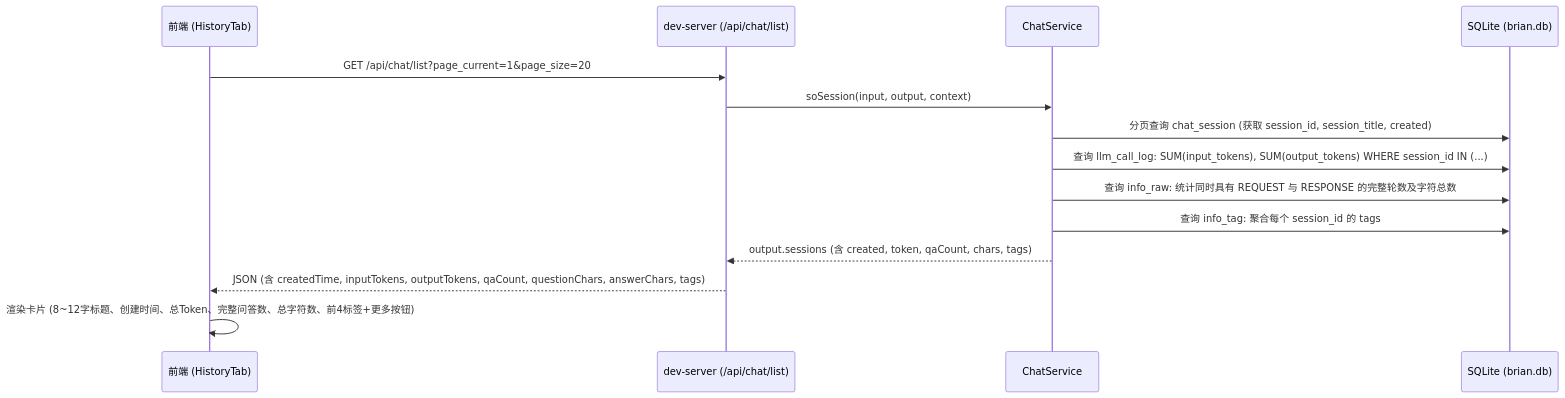
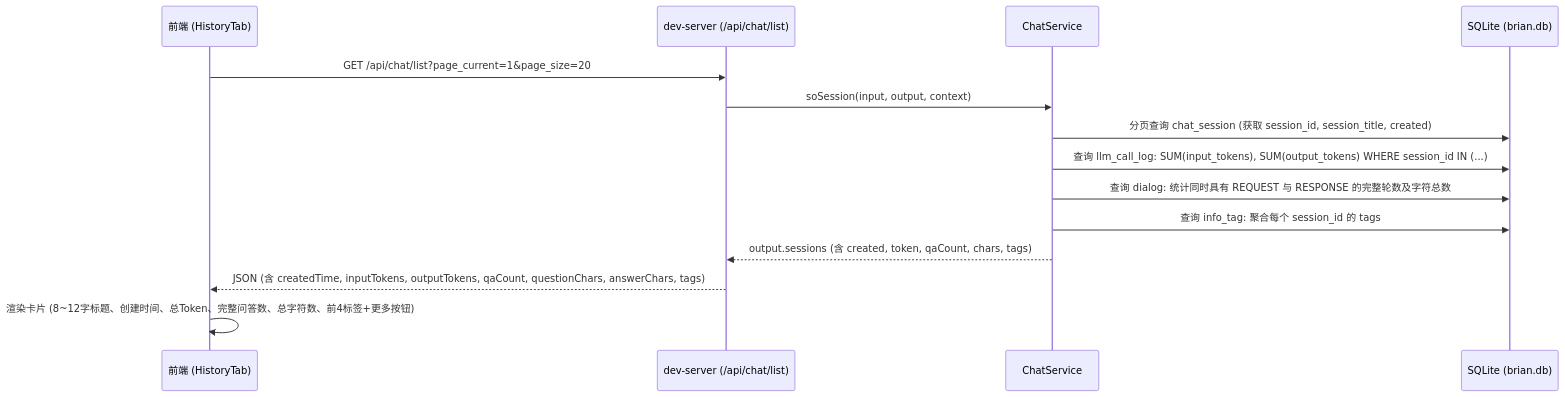
Before and after one commit to zhaoxuan-inside/brian-agent: the second of 5 diagrams in _04_framework_design/02_data_flow.md, drawn with Mermaid. The commit also changed other lines of this file and 85 other files, not shown here.

````diff
--- a/_04_framework_design/02_data_flow.md
+++ b/_04_framework_design/02_data_flow.md
@@ -87,16 +87,16 @@
 ```mermaid
 sequenceDiagram
     participant FE as 前端 (HistoryTab)
     participant DS as dev-server (/api/chat/list)
     participant CS as ChatService
     participant RD as SQLite (brian.db)
     FE->>DS: GET /api/chat/list?page_current=1&page_size=20
     DS->>CS: soSession(input, output, context)
     CS->>RD: 分页查询 chat_session (获取 session_id, session_title, created)
     CS->>RD: 查询 llm_call_log: SUM(input_tokens), SUM(output_tokens) WHERE session_id IN (...)
-    CS->>RD: 查询 info_raw: 统计同时具有 REQUEST 与 RESPONSE 的完整轮数及字符总数
+    CS->>RD: 查询 dialog: 统计同时具有 REQUEST 与 RESPONSE 的完整轮数及字符总数
     CS->>RD: 查询 info_tag: 聚合每个 session_id 的 tags
     CS-->>DS: output.sessions (含 created, token, qaCount, chars, tags)
     DS-->>FE: JSON (含 createdTime, inputTokens, outputTokens, qaCount, questionChars, answerChars, tags)
     FE->>FE: 渲染卡片 (8~12字标题、创建时间、总Token、完整问答数、总字符数、前4标签+更多按钮)
 ```
````
